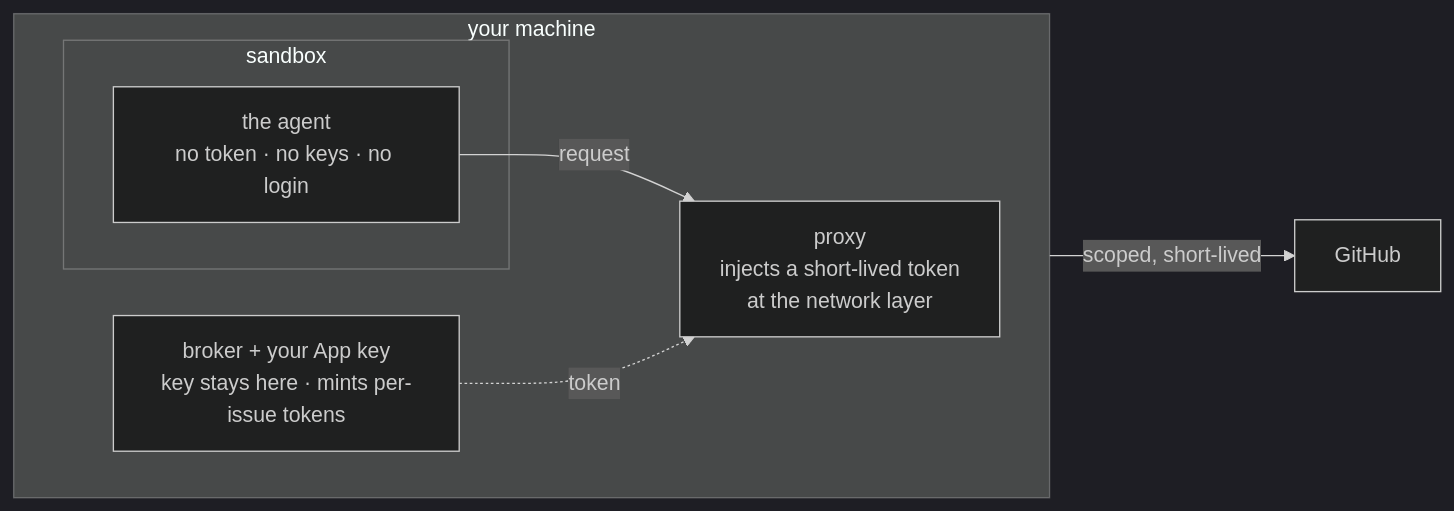
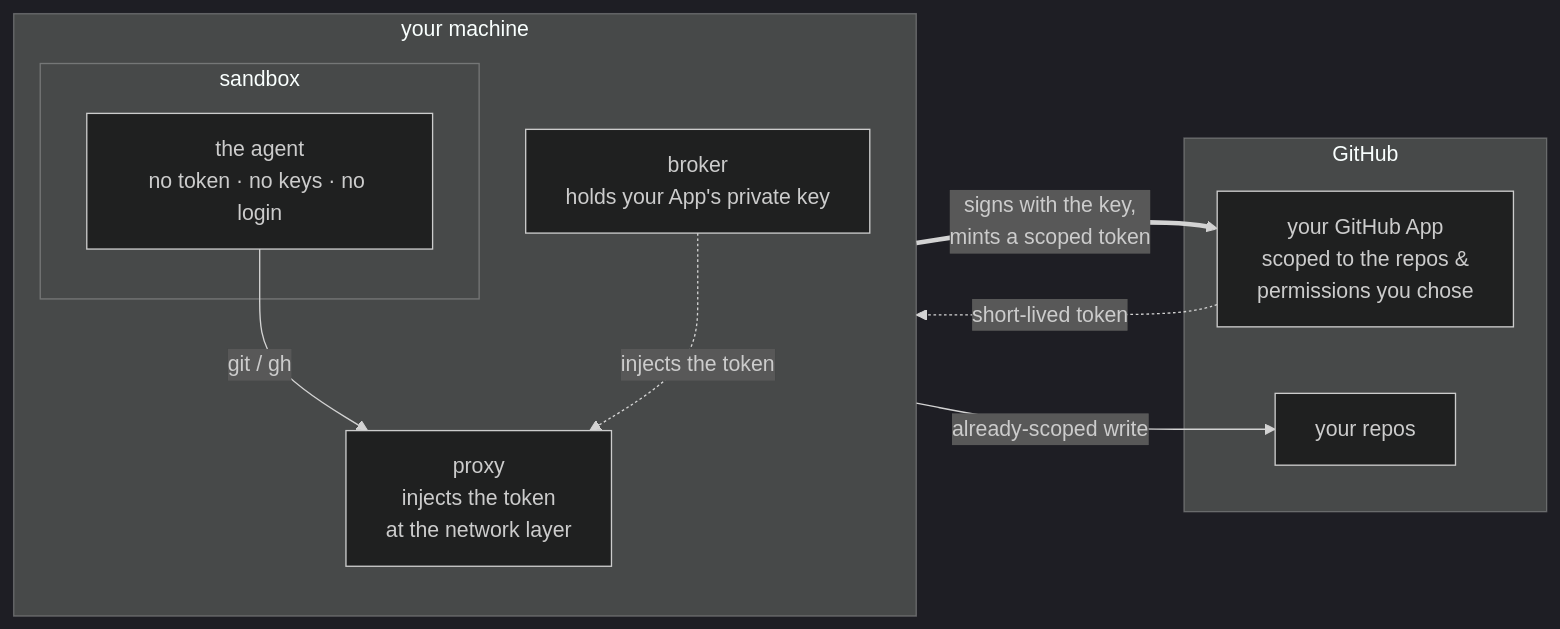
Before and after one commit to TomHennen/rein: the first of 2 diagrams in README.md, drawn with Mermaid (dark theme). The commit also changed other lines of this file, not shown here.

Commit message:
docs(README): put the GitHub App in the diagrams (per #98 review)
Both diagrams now show YOUR GitHub App as the token source: the broker holds the
App's key and mints a scoped, short-lived token FROM your App (scoped to the repos
+ permissions you chose), which the proxy injects. Makes 'you create your own App'
visible in the architecture, not just the prose.

````diff
--- a/README.md
+++ b/README.md
@@ -40,15 +40,20 @@
 ```mermaid
 flowchart LR
   subgraph machine["your machine"]
-    direction LR
+    direction TB
     subgraph sandbox["sandbox"]
       agent["the agent<br/>no token · no keys · no login"]
     end
-    proxy["proxy<br/>injects a short-lived token<br/>at the network layer"]
-    broker["broker + your App key<br/>key stays here · mints per-issue tokens"]
+    proxy["proxy<br/>injects the token<br/>at the network layer"]
+    broker["broker<br/>holds your App's private key"]
   end
-  gh["GitHub"]
-  agent -- "request" --> proxy
-  broker -. "token" .-> proxy
-  proxy -- "scoped, short-lived" --> gh
+  subgraph github["GitHub"]
+    app["your GitHub App<br/>scoped to the repos &<br/>permissions you chose"]
+    repos["your repos"]
+  end
+  broker == "signs with the key,<br/>mints a scoped token" ==> app
+  app -. "short-lived token" .-> broker
+  agent -- "git / gh" --> proxy
+  broker -. "injects the token" .-> proxy
+  proxy -- "already-scoped write" --> repos
 ```
````
